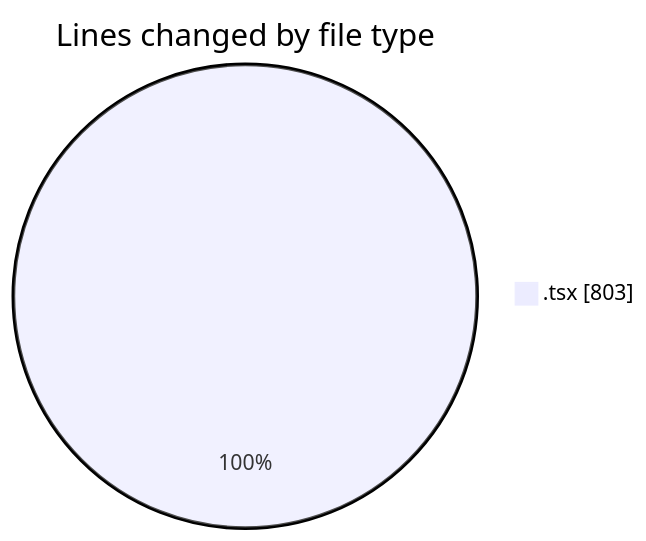
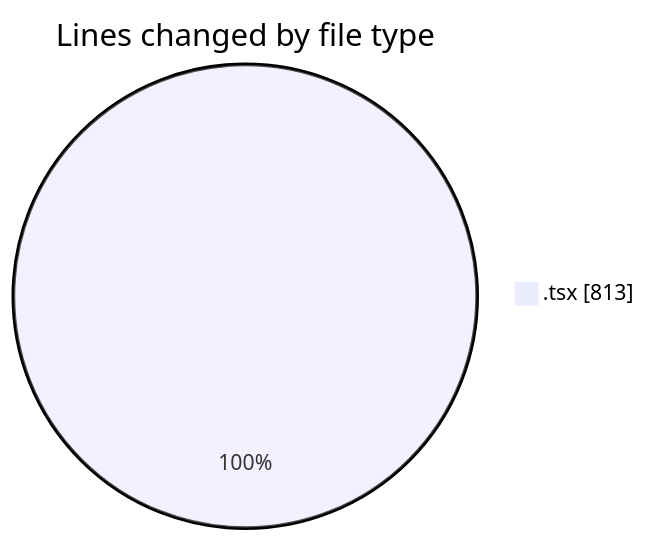
The first of 2 diagrams in 2025-09-15/cda/README.md (momahboobian/code-tracking), drawn with Mermaid before and after one commit. The commit also changed other lines of this file and 1 other file, not shown here.

````diff
--- a/2025-09-15/cda/README.md
+++ b/2025-09-15/cda/README.md
@@ -21,5 +21,5 @@
 ```mermaid
 pie showData
 title Lines changed by file type
-".tsx" : 803
+".tsx" : 813
 ```
````
